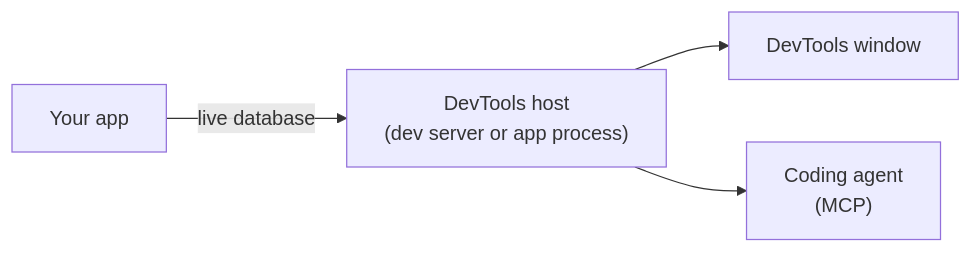
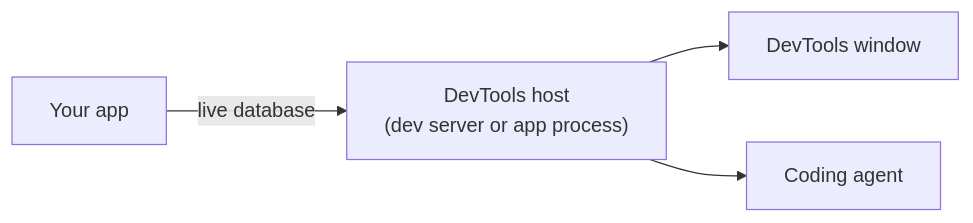
One commit to powersync-ja/powersync-docs changed the diagram in tools/devtools-overview.mdx. Above: the diagram before and after it, drawn with Mermaid. The commit also changed other lines of this file and 15 other files, not shown here.

````diff
--- a/tools/devtools-overview.mdx
+++ b/tools/devtools-overview.mdx
@@ -33,6 +33,6 @@
 ```mermaid
 flowchart LR
   App["Your app"] -- "live database" --> Host["DevTools host<br/>(dev server or app process)"]
   Host --> UI["DevTools window"]
-  Host --> Agent["Coding agent<br/>(MCP)"]
+  Host --> Agent["Coding agent"]
 ```
````
